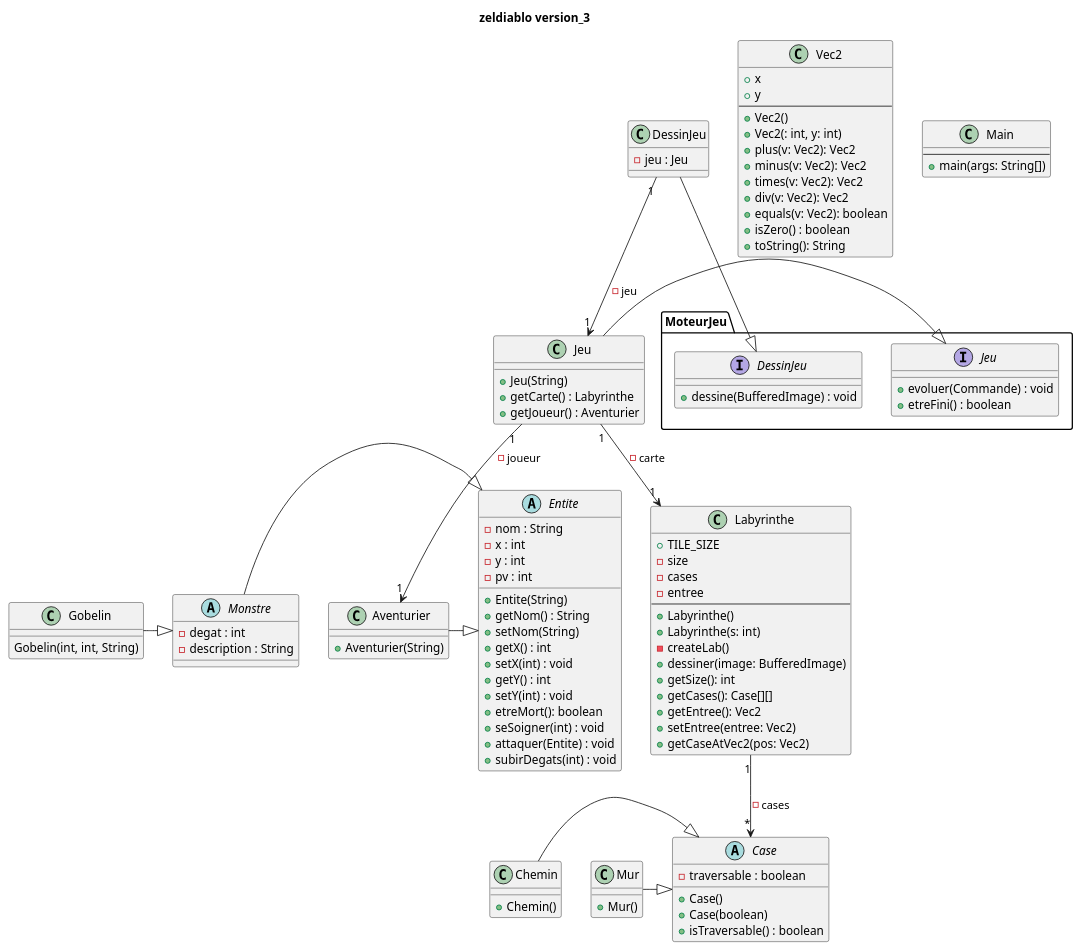
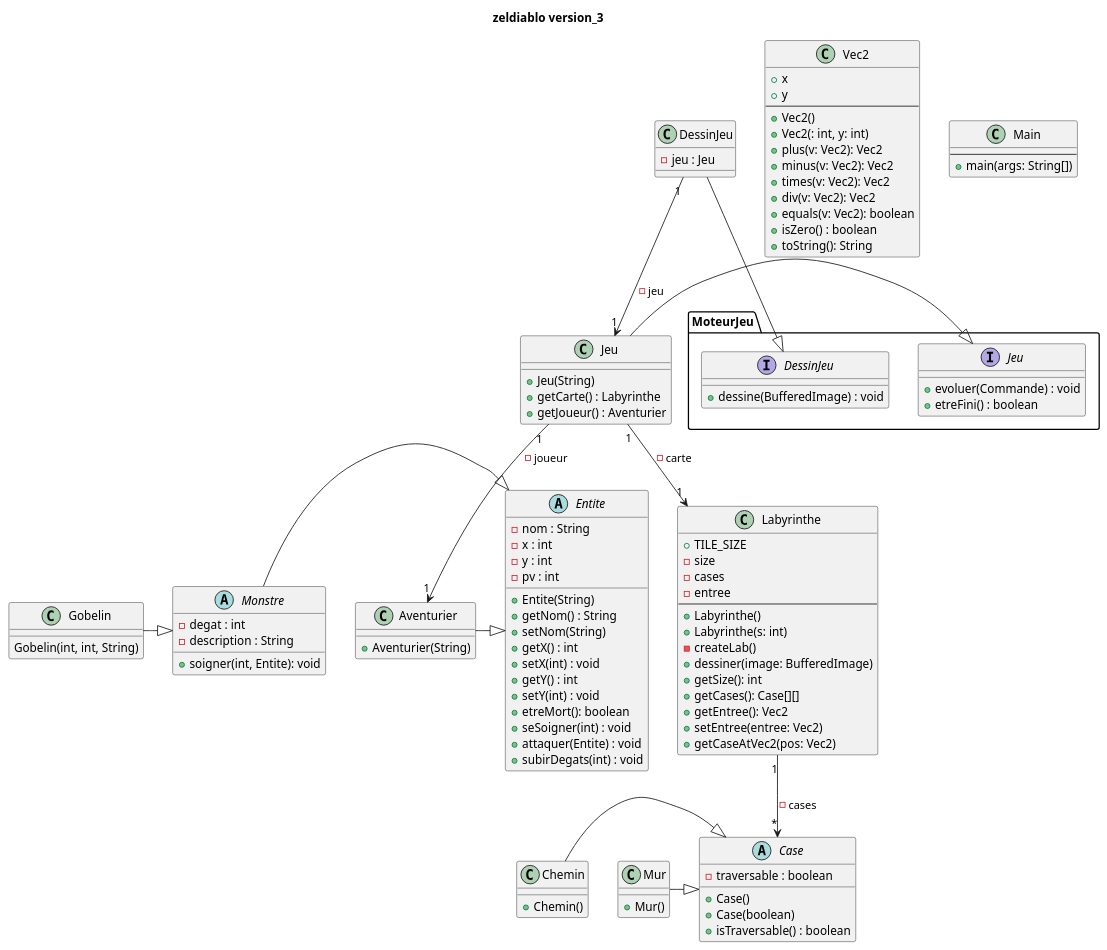
The diagram in documents/version_3/diagramme_classe_version_3.puml (toxicbloud/Zeldiablo), drawn with PlantUML before and after one commit. The commit also changed 1 other file, not shown here.

Commit message:
modification diagramme classe

```diff
--- a/documents/version_3/diagramme_classe_version_3.puml
+++ b/documents/version_3/diagramme_classe_version_3.puml
@@ -1,128 +1,129 @@
 @startuml
 title zeldiablo version_3
 
 class Jeu{
 
     + Jeu(String)
     + getCarte() : Labyrinthe
     + getJoueur() : Aventurier
 }
 
 abstract class Case{
     - traversable : boolean
     + Case()
     + Case(boolean)
     + isTraversable() : boolean
 }
 
 class Chemin{
 
     + Chemin()
 }
 
 class Mur{
 
     + Mur()
 }
 
 class Labyrinthe {
     + TILE_SIZE
     - size
     - cases
     - entree
     --
     + Labyrinthe()
     + Labyrinthe(s: int)
     - createLab()
     + dessiner(image: BufferedImage)
     + getSize(): int
     + getCases(): Case[][]
     + getEntree(): Vec2
     + setEntree(entree: Vec2)
     + getCaseAtVec2(pos: Vec2)
 }
 
 class Vec2 {
     + x
     + y
     --
     + Vec2()
     + Vec2(: int, y: int)
     + plus(v: Vec2): Vec2
     + minus(v: Vec2): Vec2
     + times(v: Vec2): Vec2
     + div(v: Vec2): Vec2
     + equals(v: Vec2): boolean
     + isZero() : boolean
     + toString(): String
 }
 
 
 
 abstract class Entite{
 
     - nom : String
     - x : int
     - y : int
     - pv : int
 
     + Entite(String)
     + getNom() : String
     + setNom(String)
     + getX() : int
     + setX(int) : void
     + getY() : int
     + setY(int) : void
     + etreMort(): boolean
     + seSoigner(int) : void
     + attaquer(Entite) : void
     + subirDegats(int) : void
 
 }
 
 abstract Monstre{
     - degat : int
     - description : String
 
+    + soigner(int, Entite): void
 }
 
 class Gobelin{
 
     Gobelin(int, int, String)
 }
 
 class Aventurier{
     + Aventurier(String)
 }
 
 class DessinJeu{
     - jeu : Jeu
 }
 
 class Main{
     --
     + main(args: String[])
 }
 
 interface MoteurJeu.DessinJeu{
     + dessine(BufferedImage) : void
 }
 
 interface MoteurJeu.Jeu{
     + evoluer(Commande) : void
     + etreFini() : boolean
 }
 
 
 Labyrinthe "1" --> "*" Case : - cases
 Chemin -|> Case
 Mur -|> Case
 Jeu -|> MoteurJeu.Jeu
 DessinJeu -|> MoteurJeu.DessinJeu
 Aventurier -|> Entite
 Monstre -|> Entite
 Gobelin -|> Monstre
 Jeu "1" --> "1" Labyrinthe : - carte
 Jeu "1" --> "1" Aventurier : - joueur
 DessinJeu "1" --> "1" Jeu : - jeu
 @enduml
```
